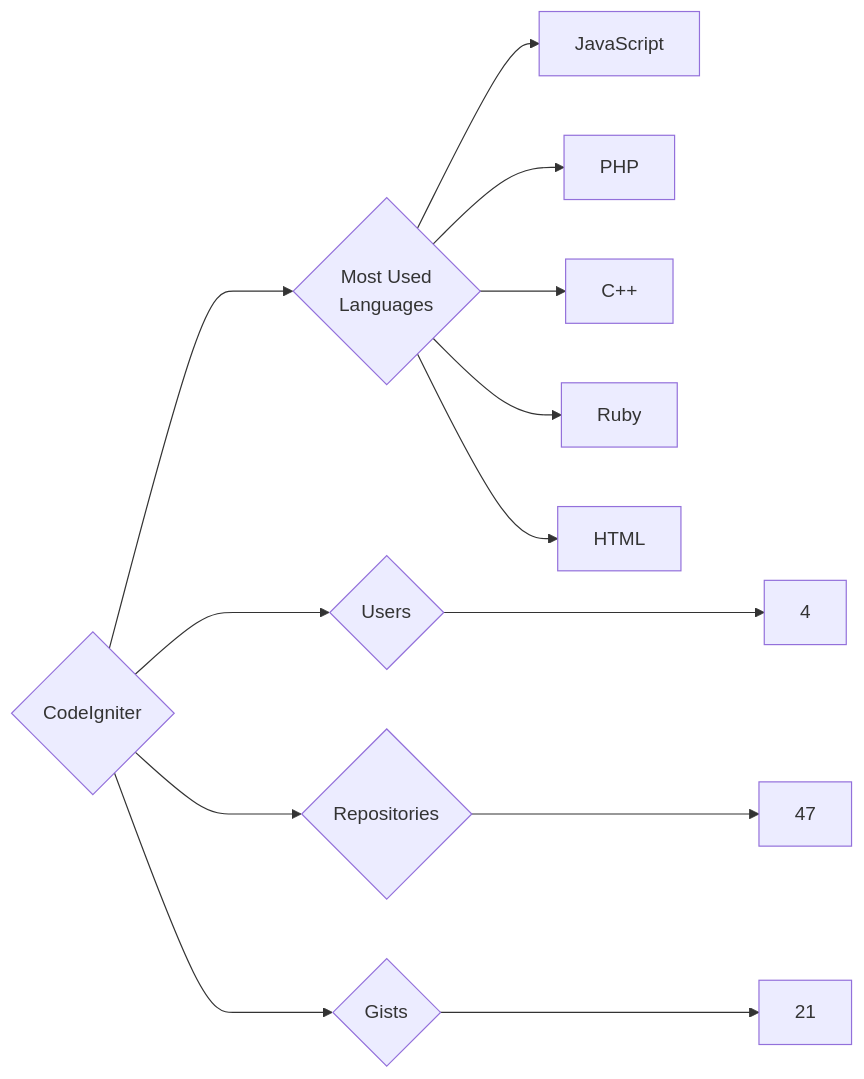
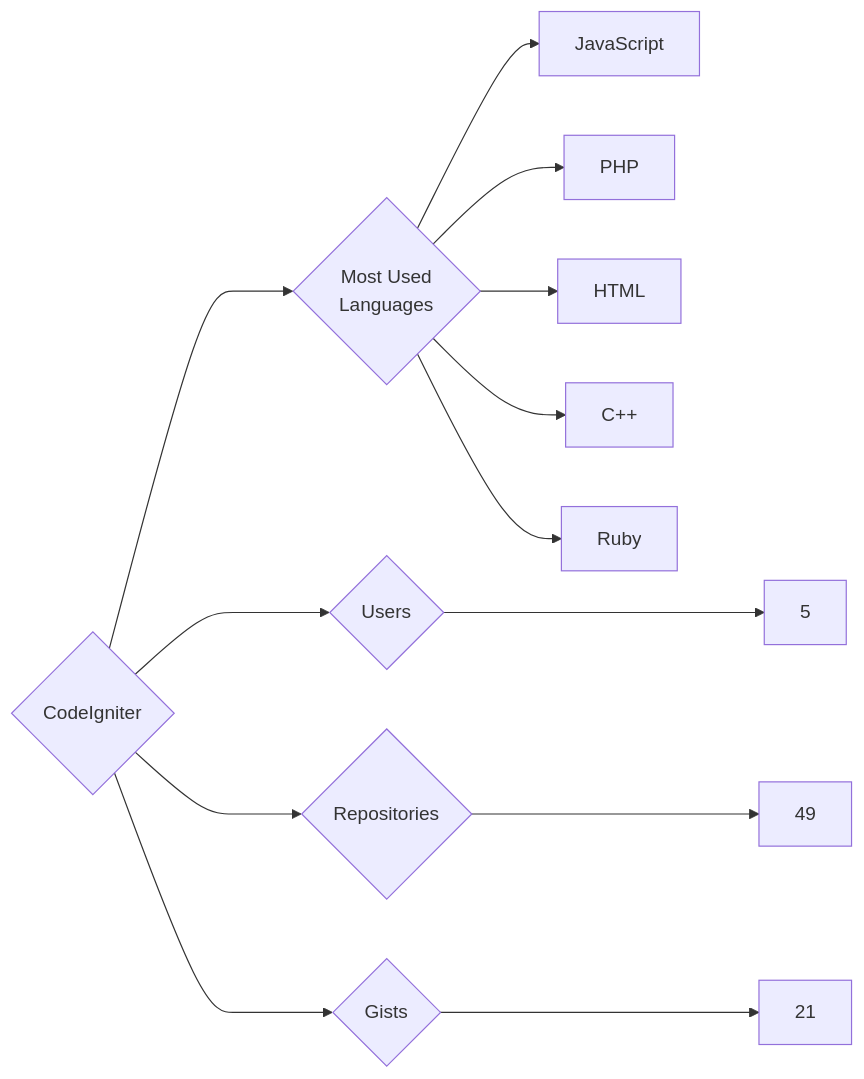
One commit to trickest/insiders changed the diagram in targets/CodeIgniter/README.md. Above: the diagram before and after it, drawn with Mermaid. The commit also changed 916 other files, not shown here.

````diff
--- a/targets/CodeIgniter/README.md
+++ b/targets/CodeIgniter/README.md
@@ -3,13 +3,13 @@
 ```mermaid
 graph LR
 COMPANY_NAME{CodeIgniter}
-COMPANY_NAME ---> U{Users} ---> UN[4]
-COMPANY_NAME ---> R{Repositories} ---> RN[47]
+COMPANY_NAME ---> U{Users} ---> UN[5]
+COMPANY_NAME ---> R{Repositories} ---> RN[49]
 COMPANY_NAME ---> G{Gists} ---> GN[21]
 COMPANY_NAME ---> ML{Most Used<br>Languages}
 ML --> JavaScript[JavaScript]
 ML --> PHP[PHP]
+ML --> HTML[HTML]
 ML --> C++[C++]
 ML --> Ruby[Ruby]
-ML --> HTML[HTML]
 ```
````
